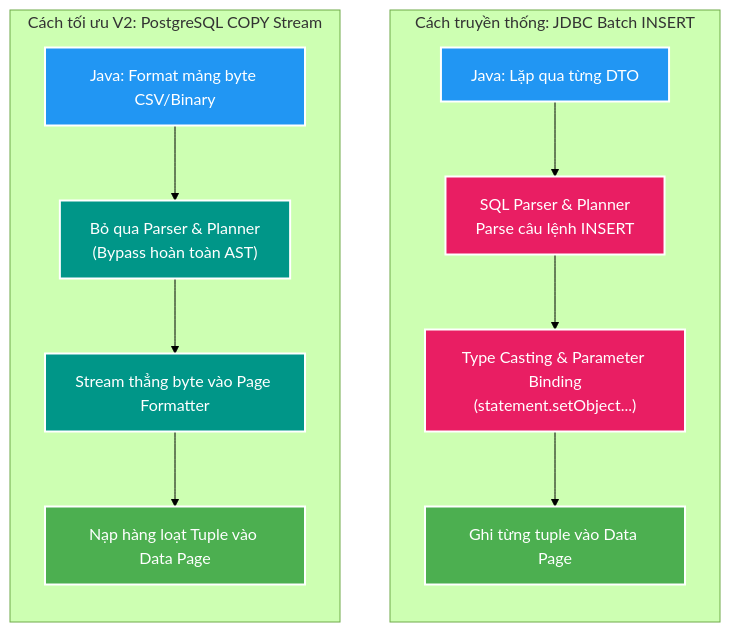
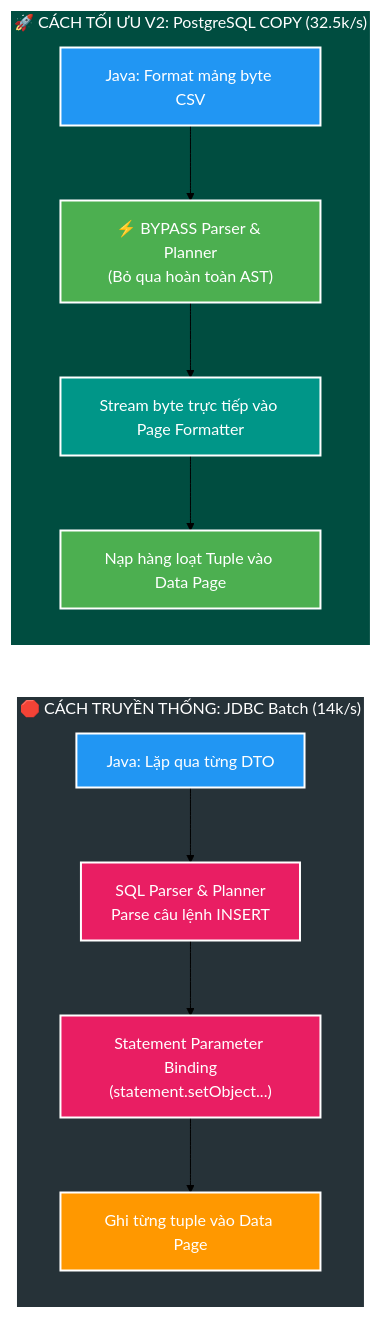
One commit to HungPhan200591/file-mngt-be-v2 changed the sixth of 10 diagrams in manual/learning/deep-dive/database-internals/00-postgresql-engine-mental-model-and-optimization-playbook.md. Above: the diagram before and after it, drawn with Mermaid (forest theme). The commit also changed other lines of this file, not shown here.

Commit message:
feat(docs): enhance PostgreSQL engine optimization playbook with detailed diagrams and explanations

````diff
--- a/manual/learning/deep-dive/database-internals/00-postgresql-engine-mental-model-and-optimization-playbook.md
+++ b/manual/learning/deep-dive/database-internals/00-postgresql-engine-mental-model-and-optimization-playbook.md
@@ -206,25 +219,27 @@
 ```mermaid
-flowchart TD
-    subgraph OLD_WAY["Cách truyền thống: JDBC Batch INSERT"]
+flowchart LR
+    subgraph OLD_WAY["🛑 CÁCH TRUYỀN THỐNG: JDBC Batch (14k/s)"]
         direction TB
-        A1["Java: Lặp qua từng DTO"] --> A2["SQL Parser & Planner<br/>Parse câu lệnh INSERT"]
-        A2 --> A3["Type Casting & Parameter Binding<br/>(statement.setObject...)"]
+        A1["Java: Lặp qua từng DTO"] --> A2["SQL Parser &amp; Planner<br/>Parse câu lệnh INSERT"]
+        A2 --> A3["Statement Parameter Binding<br/>(statement.setObject...)"]
         A3 --> A4["Ghi từng tuple vào Data Page"]
     end
 
-    subgraph NEW_WAY["Cách tối ưu V2: PostgreSQL COPY Stream"]
+    subgraph NEW_WAY["🚀 CÁCH TỐI ƯU V2: PostgreSQL COPY (32.5k/s)"]
         direction TB
-        B1["Java: Format mảng byte CSV/Binary"] --> B2["Bỏ qua Parser & Planner<br/>(Bypass hoàn toàn AST)"]
-        B2 --> B3["Stream thẳng byte vào Page Formatter"]
+        B1["Java: Format mảng byte CSV"] --> B2["⚡ BYPASS Parser &amp; Planner<br/>(Bỏ qua hoàn toàn AST)"]
+        B2 --> B3["Stream byte trực tiếp vào Page Formatter"]
         B3 --> B4["Nạp hàng loạt Tuple vào Data Page"]
     end
 
+    style OLD_WAY fill:#263238,stroke:#fff,stroke-width:2px,color:#fff
     style A1 fill:#2196F3,stroke:#fff,stroke-width:2px,color:#fff
-    style B1 fill:#2196F3,stroke:#fff,stroke-width:2px,color:#fff
     style A2 fill:#E91E63,stroke:#fff,stroke-width:2px,color:#fff
     style A3 fill:#E91E63,stroke:#fff,stroke-width:2px,color:#fff
-    style B2 fill:#009688,stroke:#fff,stroke-width:2px,color:#fff
+    style A4 fill:#FF9800,stroke:#fff,stroke-width:2px,color:#fff
+    style NEW_WAY fill:#004D40,stroke:#fff,stroke-width:2px,color:#fff
+    style B1 fill:#2196F3,stroke:#fff,stroke-width:2px,color:#fff
+    style B2 fill:#4CAF50,stroke:#fff,stroke-width:2px,color:#fff
     style B3 fill:#009688,stroke:#fff,stroke-width:2px,color:#fff
-    style A4 fill:#4CAF50,stroke:#fff,stroke-width:2px,color:#fff
     style B4 fill:#4CAF50,stroke:#fff,stroke-width:2px,color:#fff
 ```
````
